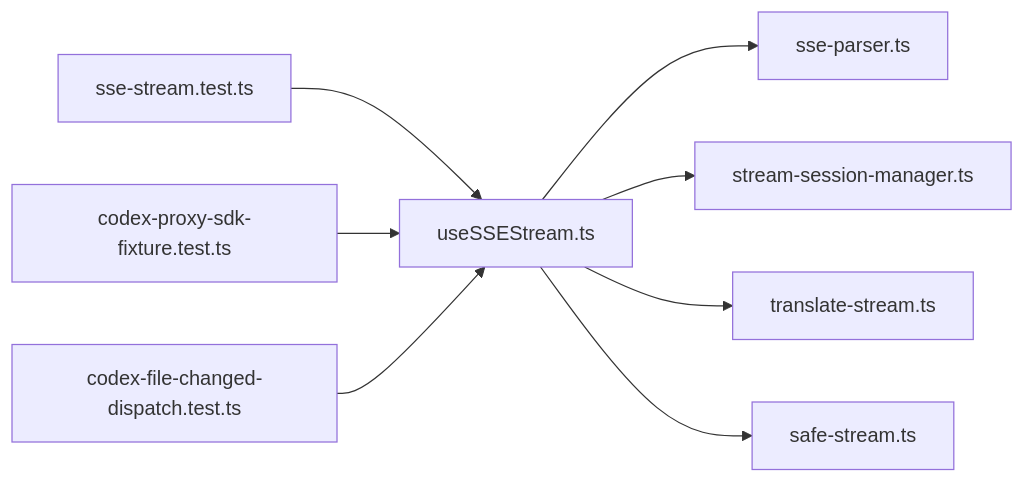
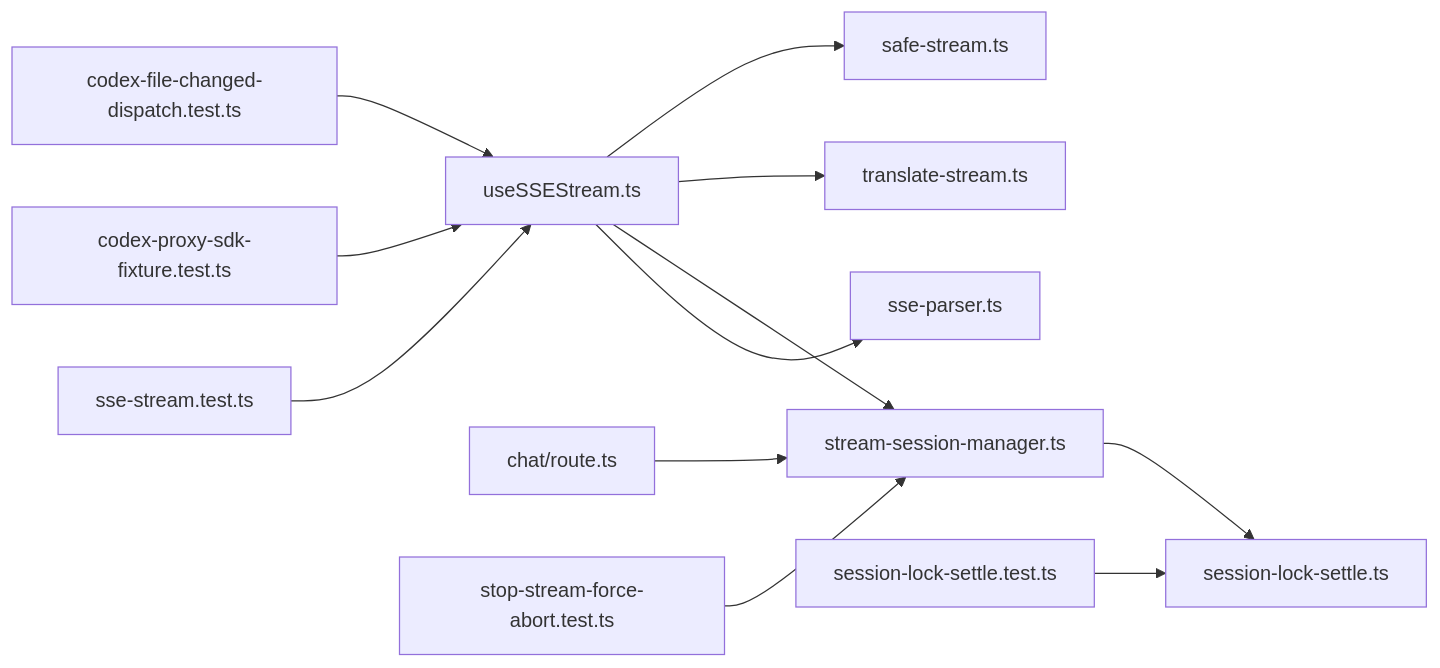
The fifth of 5 diagrams in .qoder/repowiki/zh/content/核心功能/聊天对话系统/流式响应处理.md (haolange/CodePilot), drawn with Mermaid before and after one commit. The commit also changed other lines of this file and 8 other files, not shown here.

````diff
--- a/.qoder/repowiki/zh/content/核心功能/聊天对话系统/流式响应处理.md
+++ b/.qoder/repowiki/zh/content/核心功能/聊天对话系统/流式响应处理.md
@@ -236,10 +345,14 @@
 ```mermaid
 graph LR
 H["useSSEStream.ts"] --> P["sse-parser.ts"]
 H --> SM["stream-session-manager.ts"]
 H --> T["translate-stream.ts"]
 H --> K["safe-stream.ts"]
+SM --> SL["session-lock-settle.ts"]
+R["chat/route.ts"] --> SM
 U["sse-stream.test.ts"] --> H
 F["codex-proxy-sdk-fixture.test.ts"] --> H
 C["codex-file-changed-dispatch.test.ts"] --> H
+ST["stop-stream-force-abort.test.ts"] --> SM
+SLT["session-lock-settle.test.ts"] --> SL
 ```
````
